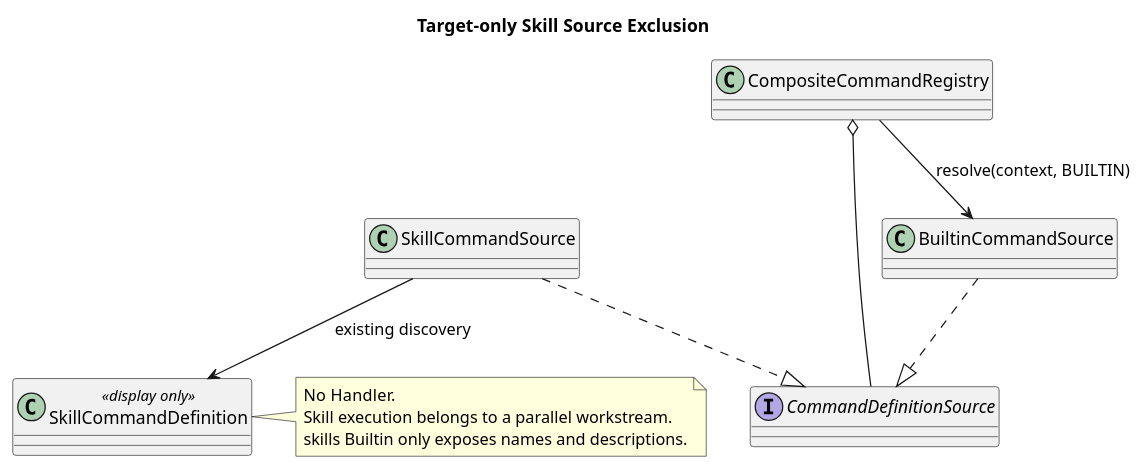
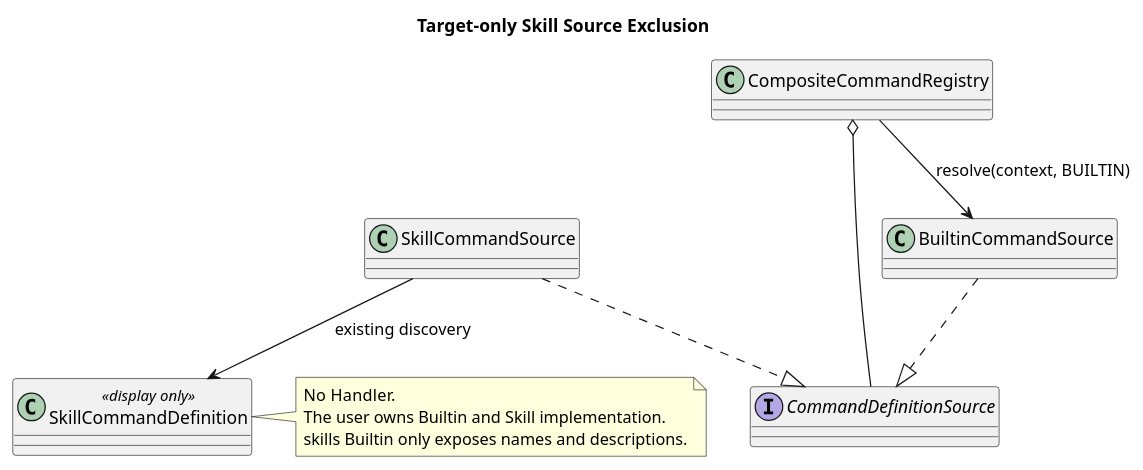
The first of 2 diagrams in 04-命令与技能/02-技能命令/设计图/diagram.puml (ssm0808/pi-mono-java-design), drawn with PlantUML before and after one commit. The commit also changed 17 other files, not shown here.

Commit message:
docs(command): 统一 Builtin 与 Skill 的实现责任

```diff
--- a/04-命令与技能/02-技能命令/设计图/diagram.puml
+++ b/04-命令与技能/02-技能命令/设计图/diagram.puml
@@ -1,21 +1,21 @@
 @startuml skill_catalog
 title Target-only Skill Source Exclusion
 ' Source evidence: pi-mono-java@0bb794f2 modules/coding-agent-cli/src/main/java/com/campusclaw/codingagent/runtimeapi/command/SkillCommandSource.java list.
-' Product scope: Skill execution is owned by a parallel workstream; Builtin selection skips dynamic Skill sources.
+' Ownership decision 2026-09-05: the user implements Builtin and Skill; Builtin selection skips dynamic Skill sources.
 skinparam shadowing false
 class CompositeCommandRegistry
 interface CommandDefinitionSource
 class BuiltinCommandSource
 class SkillCommandSource
 class SkillCommandDefinition <<display only>>
 BuiltinCommandSource ..|> CommandDefinitionSource
 SkillCommandSource ..|> CommandDefinitionSource
 CompositeCommandRegistry o-- CommandDefinitionSource
 CompositeCommandRegistry --> BuiltinCommandSource : resolve(context, BUILTIN)
 SkillCommandSource --> SkillCommandDefinition : existing discovery
 note right of SkillCommandDefinition
 No Handler.
-Skill execution belongs to a parallel workstream.
+The user owns Builtin and Skill implementation.
 skills Builtin only exposes names and descriptions.
 end note
 @enduml
```
